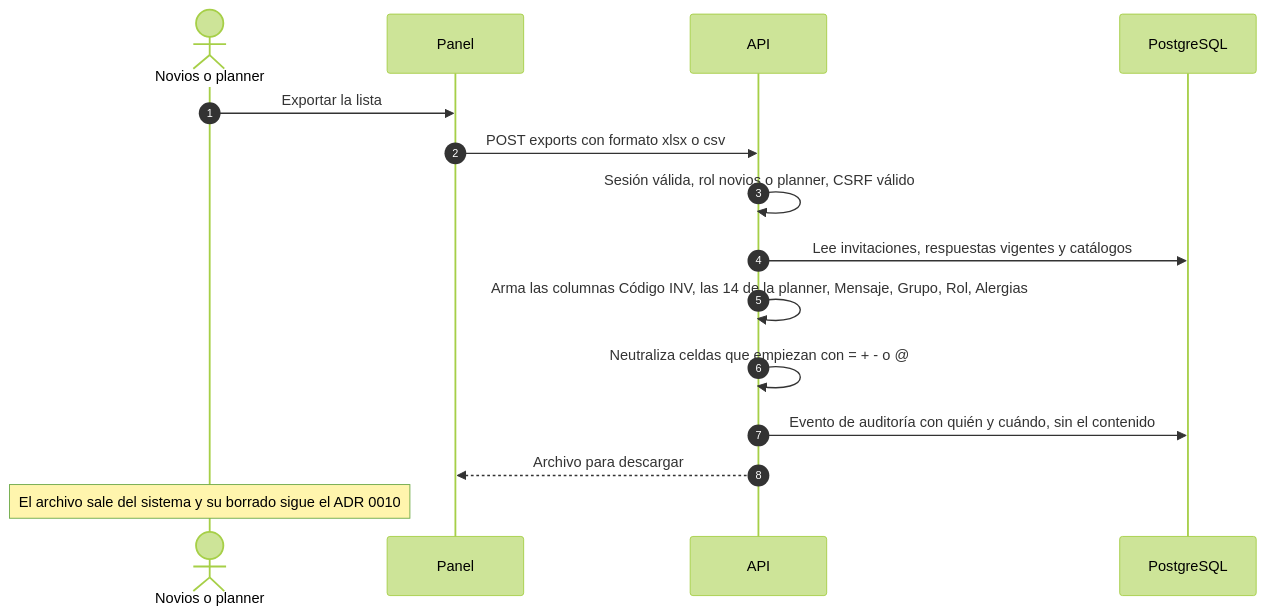
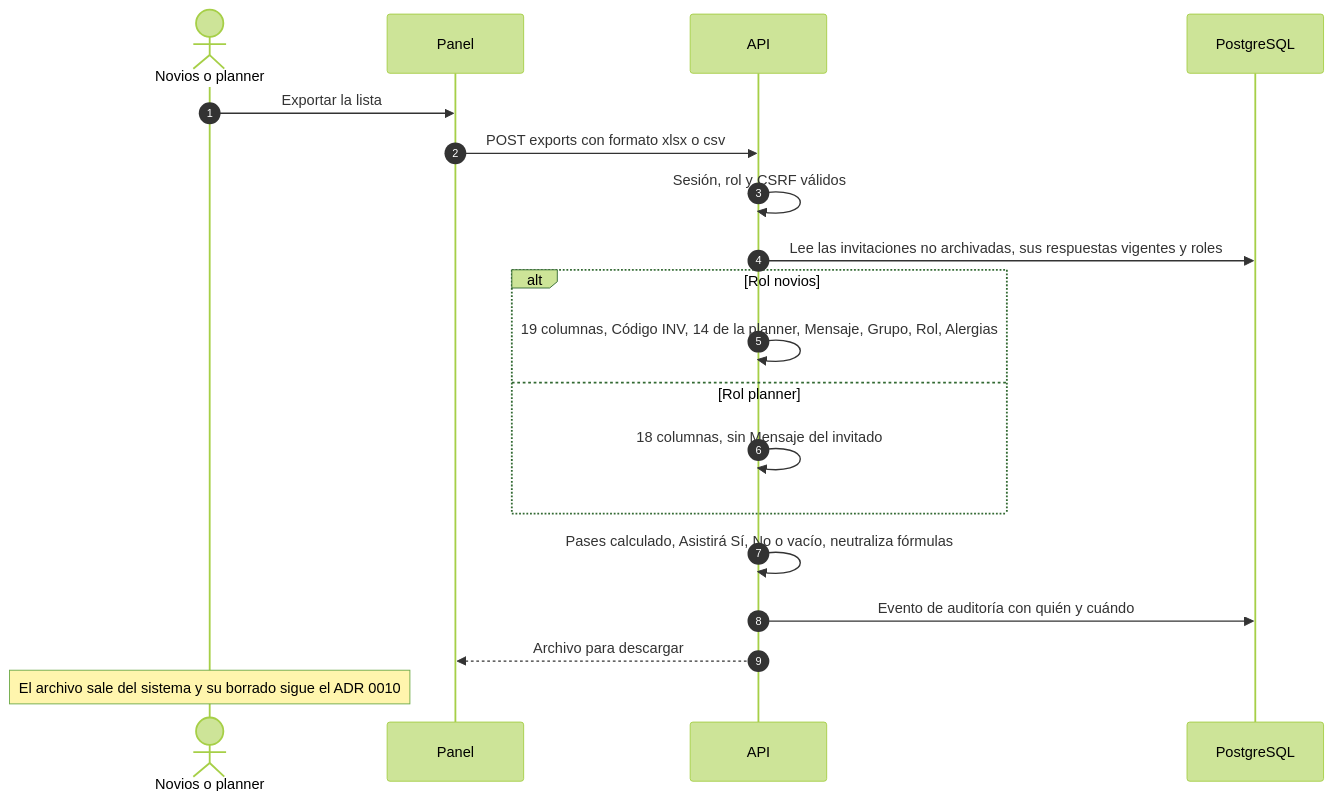
One commit to Mayra-ux/ma-wedding changed the fifth of 6 diagrams in docs/architecture/04-flujos-admin.md. Above: the diagram before and after it, drawn with Mermaid (forest theme). The commit also changed other lines of this file and 26 other files, not shown here.

````diff
--- a/docs/architecture/04-flujos-admin.md
+++ b/docs/architecture/04-flujos-admin.md
@@ -125,18 +123,22 @@
 ```mermaid
 sequenceDiagram
   autonumber
   actor U as Novios o planner
   participant P as Panel
   participant A as API
   participant D as PostgreSQL
 
   U->>P: Exportar la lista
   P->>A: POST exports con formato xlsx o csv
-  A->>A: Sesión válida, rol novios o planner, CSRF válido
-  A->>D: Lee invitaciones, respuestas vigentes y catálogos
-  A->>A: Arma las columnas Código INV, las 14 de la planner, Mensaje, Grupo, Rol, Alergias
-  A->>A: Neutraliza celdas que empiezan con = + - o @
-  A->>D: Evento de auditoría con quién y cuándo, sin el contenido
+  A->>A: Sesión, rol y CSRF válidos
+  A->>D: Lee las invitaciones no archivadas, sus respuestas vigentes y roles
+  alt Rol novios
+    A->>A: 19 columnas, Código INV, 14 de la planner, Mensaje, Grupo, Rol, Alergias
+  else Rol planner
+    A->>A: 18 columnas, sin Mensaje del invitado
+  end
+  A->>A: Pases calculado, Asistirá Sí, No o vacío, neutraliza fórmulas
+  A->>D: Evento de auditoría con quién y cuándo
   A-->>P: Archivo para descargar
   Note over U: El archivo sale del sistema y su borrado sigue el ADR 0010
 ```
````
